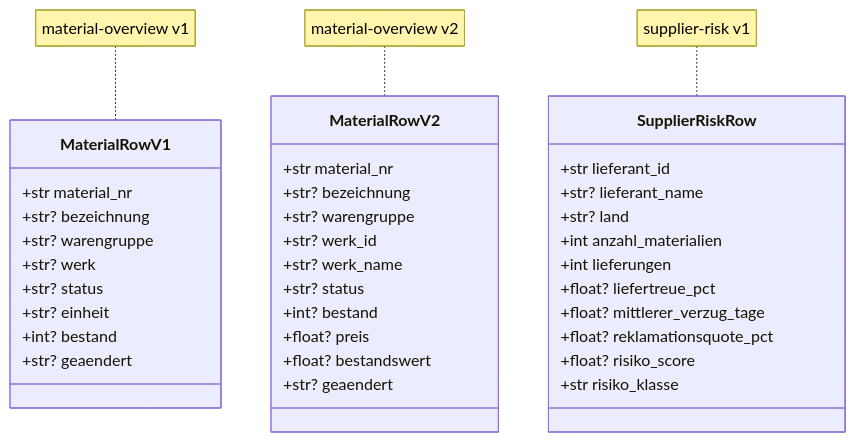
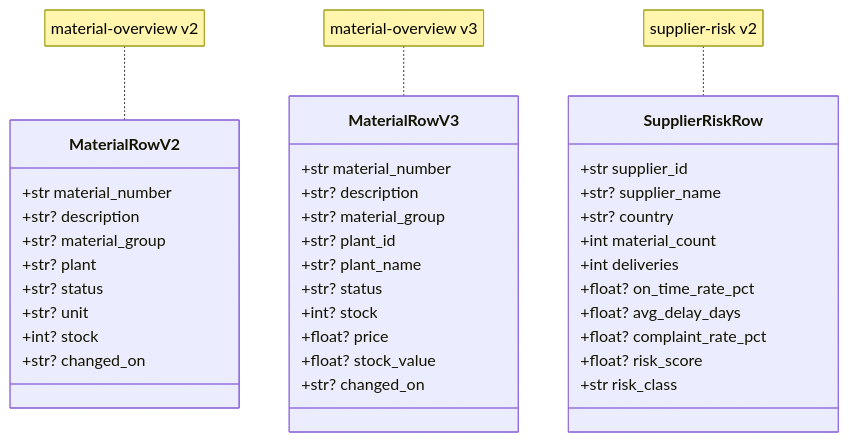
The third of 3 diagrams in docs/architecture.md (PlongoDongo/material_management_dashboard), drawn with Mermaid before and after one commit. The commit also changed other lines of this file and 55 other files, not shown here.

````diff
--- a/docs/architecture.md
+++ b/docs/architecture.md
@@ -77,40 +77,40 @@
 ```mermaid
 classDiagram
-  class MaterialRowV1 {
-    +str material_nr
-    +str? bezeichnung
-    +str? warengruppe
-    +str? werk
+  class MaterialRowV2 {
+    +str material_number
+    +str? description
+    +str? material_group
+    +str? plant
     +str? status
-    +str? einheit
-    +int? bestand
-    +str? geaendert
-  }
-  note for MaterialRowV1 "material-overview v1"
-  class MaterialRowV2 {
-    +str material_nr
-    +str? bezeichnung
-    +str? warengruppe
-    +str? werk_id
-    +str? werk_name
-    +str? status
-    +int? bestand
-    +float? preis
-    +float? bestandswert
-    +str? geaendert
+    +str? unit
+    +int? stock
+    +str? changed_on
   }
   note for MaterialRowV2 "material-overview v2"
+  class MaterialRowV3 {
+    +str material_number
+    +str? description
+    +str? material_group
+    +str? plant_id
+    +str? plant_name
+    +str? status
+    +int? stock
+    +float? price
+    +float? stock_value
+    +str? changed_on
+  }
+  note for MaterialRowV3 "material-overview v3"
   class SupplierRiskRow {
-    +str lieferant_id
-    +str? lieferant_name
-    +str? land
-    +int anzahl_materialien
-    +int lieferungen
-    +float? liefertreue_pct
-    +float? mittlerer_verzug_tage
-    +float? reklamationsquote_pct
-    +float? risiko_score
-    +str risiko_klasse
+    +str supplier_id
+    +str? supplier_name
+    +str? country
+    +int material_count
+    +int deliveries
+    +float? on_time_rate_pct
+    +float? avg_delay_days
+    +float? complaint_rate_pct
+    +float? risk_score
+    +str risk_class
   }
-  note for SupplierRiskRow "supplier-risk v1"
+  note for SupplierRiskRow "supplier-risk v2"
 ```
````
